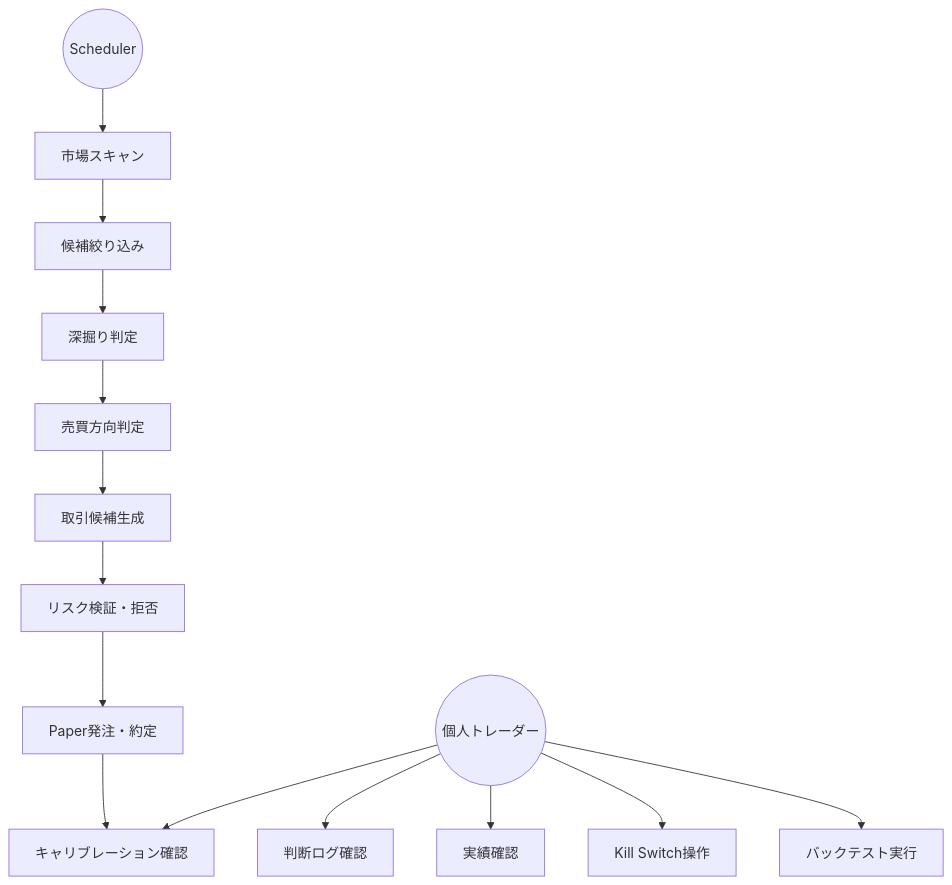
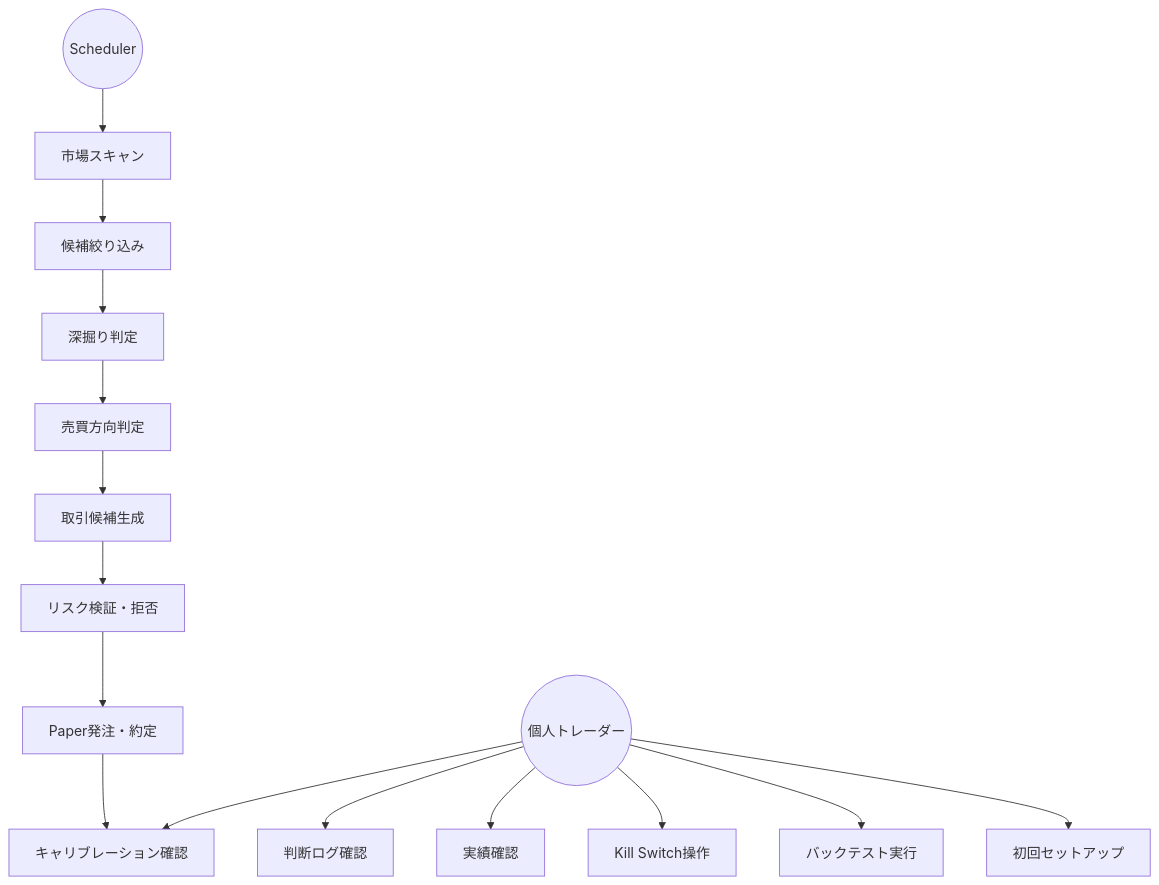
Before and after one commit to ousiassllc/pitha-trador: the first of 3 diagrams in docs/requirements/functional.md, drawn with Mermaid. The commit also changed other lines of this file and 3 other files, not shown here.

````diff
--- a/docs/requirements/functional.md
+++ b/docs/requirements/functional.md
@@ -20,20 +21,21 @@
 ```mermaid
 graph TD
     User((個人トレーダー))
     Scheduler((Scheduler))
 
     Scheduler --> UC1[市場スキャン]
     UC1 --> UC2[候補絞り込み]
     UC2 --> UC3[深掘り判定]
     UC3 --> UC4[売買方向判定]
     UC4 --> UC5[取引候補生成]
     UC5 --> UC6[リスク検証・拒否]
     UC6 --> UC7[Paper発注・約定]
     UC7 --> UC10[キャリブレーション確認]
 
     User --> UC8[判断ログ確認]
     User --> UC9[実績確認]
     User --> UC10
     User --> UC11[Kill Switch操作]
     User --> UC12[バックテスト実行]
+    User --> UC13[初回セットアップ]
 ```
````
